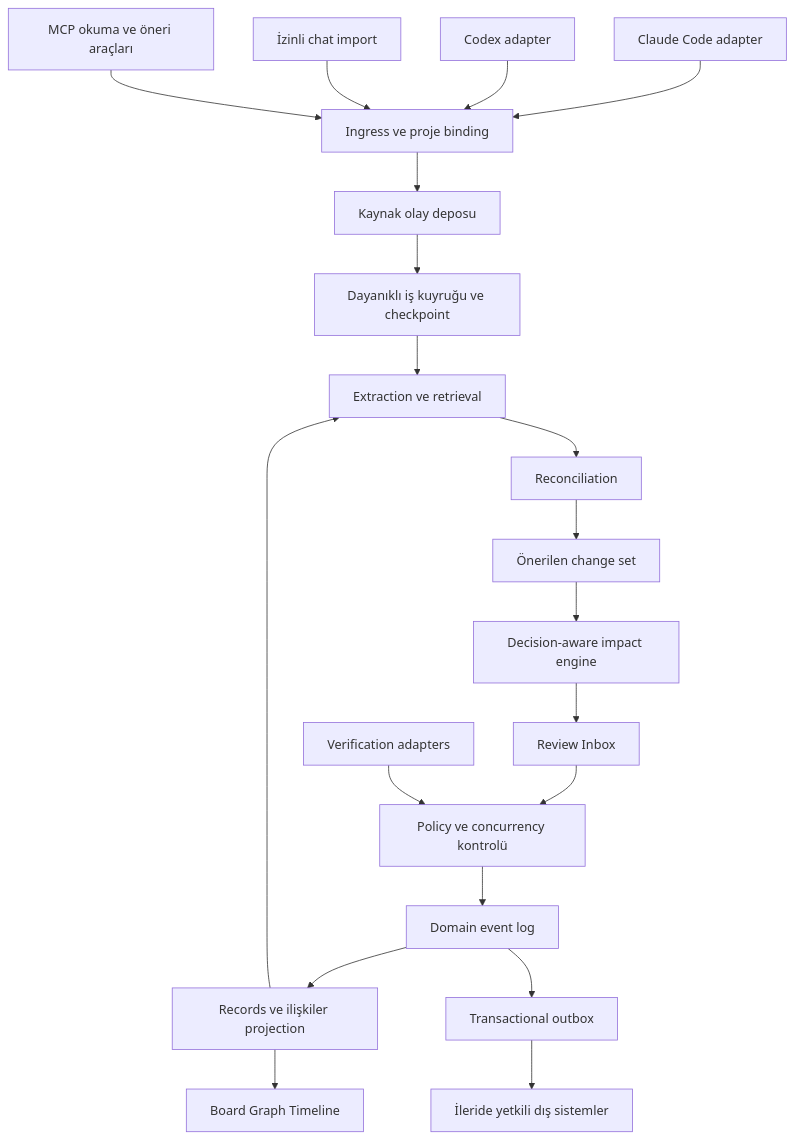
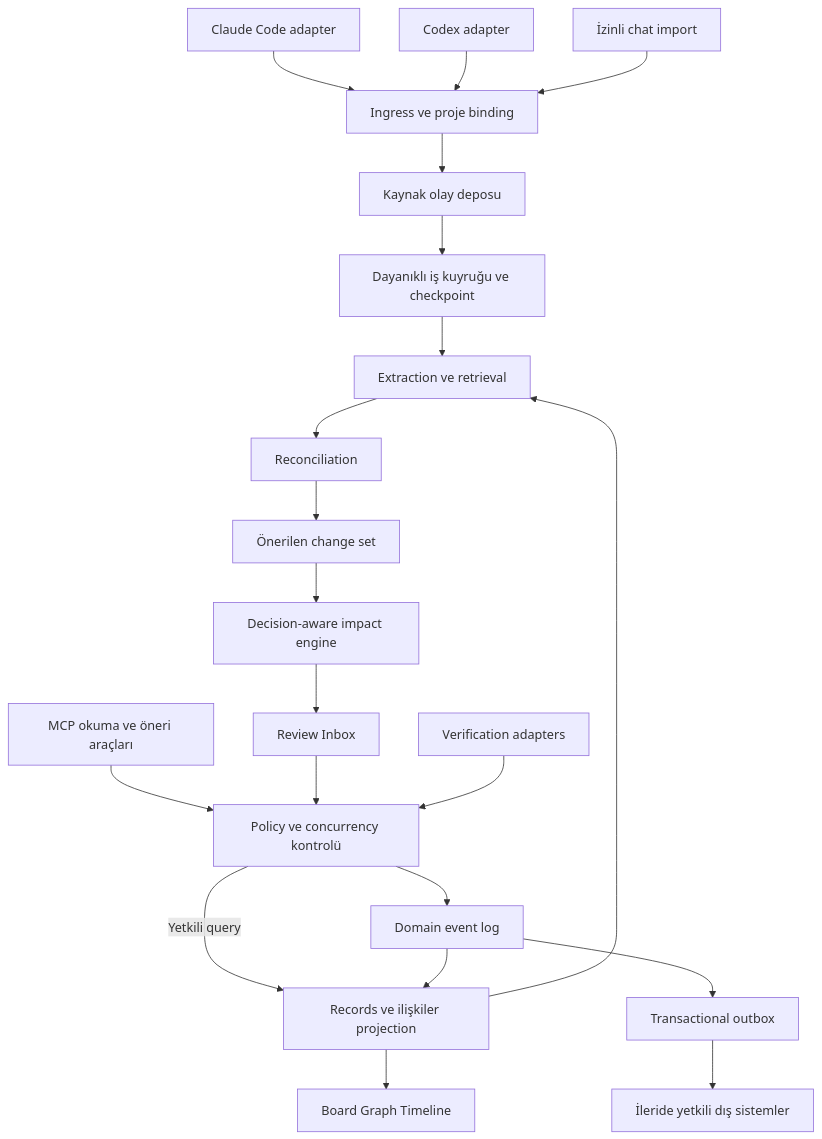
The diagram in docs/architecture/overview.md (alphanAkbulut/decivora), drawn with Mermaid before and after one commit. The commit also changed other lines of this file and 15 other files, not shown here.

Commit message:
docs: align diagrams and define administration and operations

````diff
--- a/docs/architecture/overview.md
+++ b/docs/architecture/overview.md
@@ -7,22 +7,23 @@
 ```mermaid
 flowchart TB
     CC[Claude Code adapter] --> I[Ingress ve proje binding]
     CX[Codex adapter] --> I
     IM[İzinli chat import] --> I
-    MCP[MCP okuma ve öneri araçları] --> I
+    MCP[MCP okuma ve öneri araçları] --> CMD
     I --> RAW[Kaynak olay deposu]
     RAW --> Q[Dayanıklı iş kuyruğu ve checkpoint]
     Q --> EX[Extraction ve retrieval]
     EX --> RE[Reconciliation]
     RE --> CS[Önerilen change set]
     CS --> IMP[Decision-aware impact engine]
     IMP --> UX[Review Inbox]
     UX --> CMD[Policy ve concurrency kontrolü]
     CMD --> EV[Domain event log]
+    CMD -->|Yetkili query| PROJ
     EV --> PROJ[Records ve ilişkiler projection]
     PROJ --> V[Board Graph Timeline]
     PROJ --> EX
     VE[Verification adapters] --> CMD
     EV --> OUT[Transactional outbox]
     OUT --> EXT[İleride yetkili dış sistemler]
 ```
````
